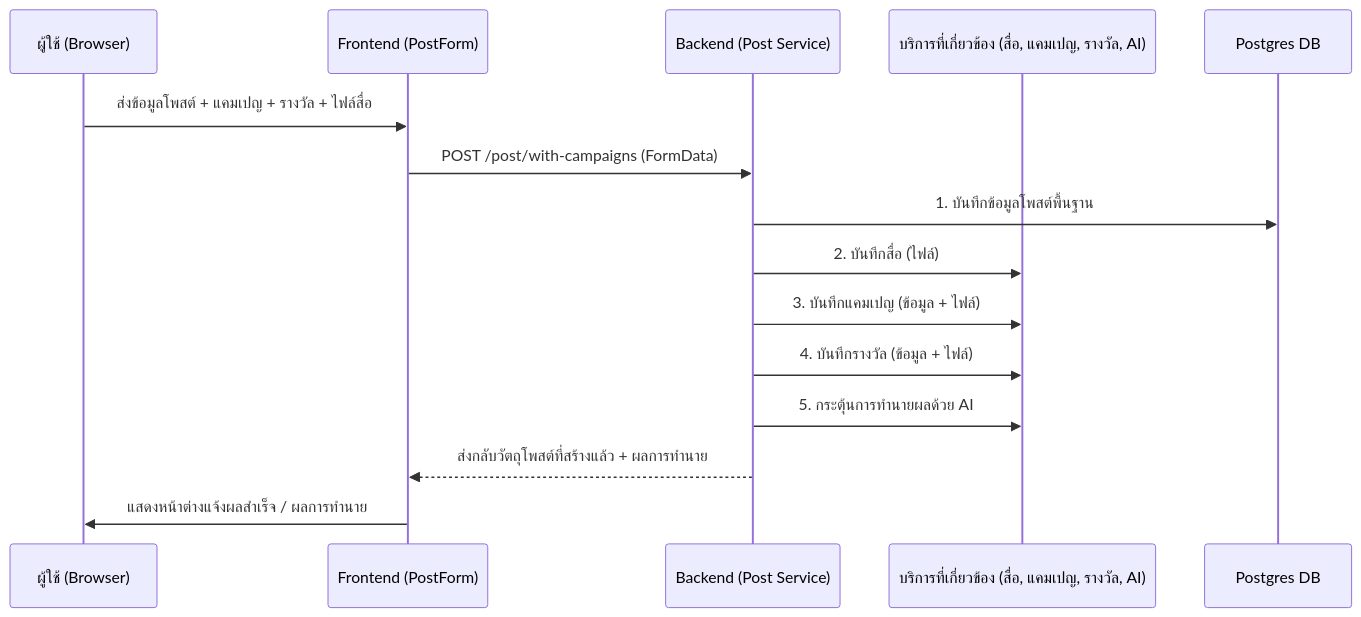
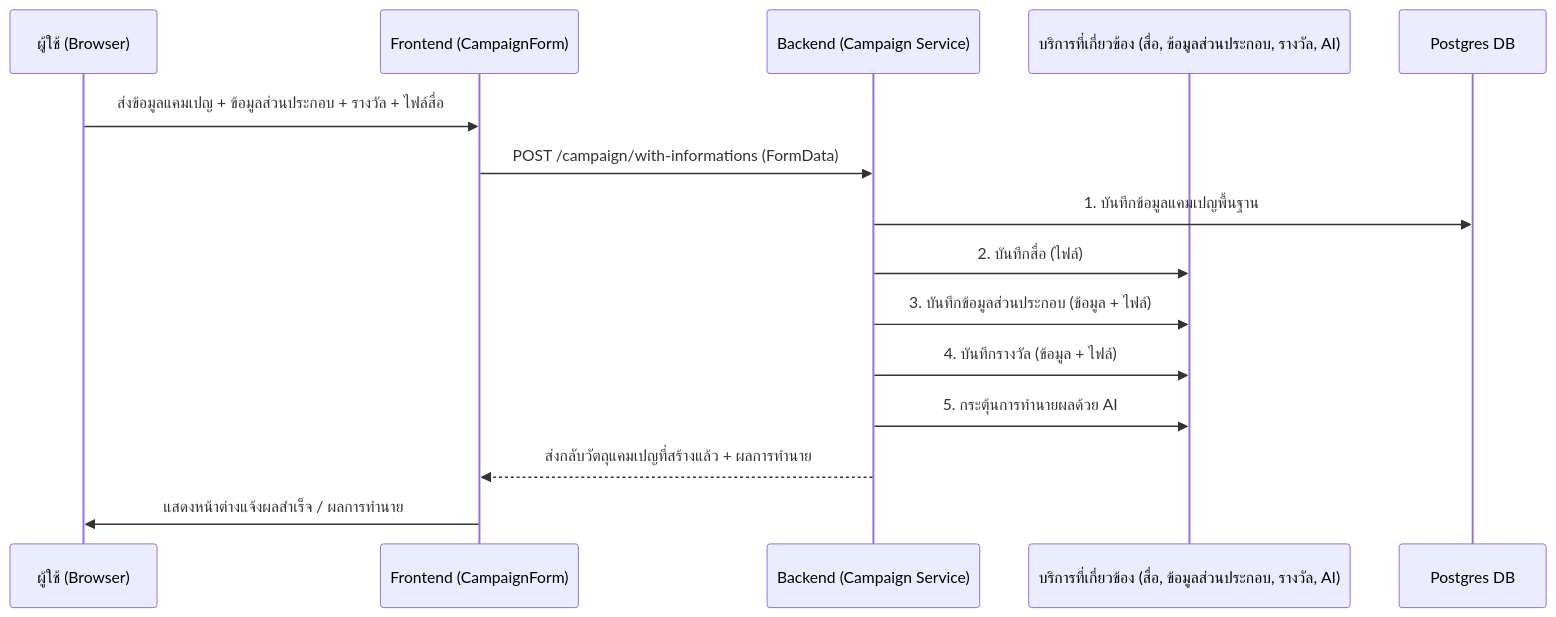
One commit to o-kard/okard-backend changed the diagram in docs/developer_manual/th/post_module_manual.md. Above: the diagram before and after it, drawn with Mermaid. The commit also changed other lines of this file and 11 other files, not shown here.

````diff
--- a/docs/developer_manual/th/post_module_manual.md
+++ b/docs/developer_manual/th/post_module_manual.md
@@ -30,18 +30,18 @@
 ```mermaid
 sequenceDiagram
     participant User as ผู้ใช้ (Browser)
-    participant Front as Frontend (PostForm)
-    participant Back as Backend (Post Service)
-    participant Svc as บริการที่เกี่ยวข้อง (สื่อ, แคมเปญ, รางวัล, AI)
+    participant Front as Frontend (CampaignForm)
+    participant Back as Backend (Campaign Service)
+    participant Svc as บริการที่เกี่ยวข้อง (สื่อ, ข้อมูลส่วนประกอบ, รางวัล, AI)
     participant DB as Postgres DB
 
-    User->>Front: ส่งข้อมูลโพสต์ + แคมเปญ + รางวัล + ไฟล์สื่อ
-    Front->>Back: POST /post/with-campaigns (FormData)
-    Back->>DB: 1. บันทึกข้อมูลโพสต์พื้นฐาน
+    User->>Front: ส่งข้อมูลแคมเปญ + ข้อมูลส่วนประกอบ + รางวัล + ไฟล์สื่อ
+    Front->>Back: POST /campaign/with-informations (FormData)
+    Back->>DB: 1. บันทึกข้อมูลแคมเปญพื้นฐาน
     Back->>Svc: 2. บันทึกสื่อ (ไฟล์)
-    Back->>Svc: 3. บันทึกแคมเปญ (ข้อมูล + ไฟล์)
+    Back->>Svc: 3. บันทึกข้อมูลส่วนประกอบ (ข้อมูล + ไฟล์)
     Back->>Svc: 4. บันทึกรางวัล (ข้อมูล + ไฟล์)
     Back->>Svc: 5. กระตุ้นการทำนายผลด้วย AI
-    Back-->>Front: ส่งกลับวัตถุโพสต์ที่สร้างแล้ว + ผลการทำนาย
+    Back-->>Front: ส่งกลับวัตถุแคมเปญที่สร้างแล้ว + ผลการทำนาย
     Front->>User: แสดงหน้าต่างแจ้งผลสำเร็จ / ผลการทำนาย
 ```
````
